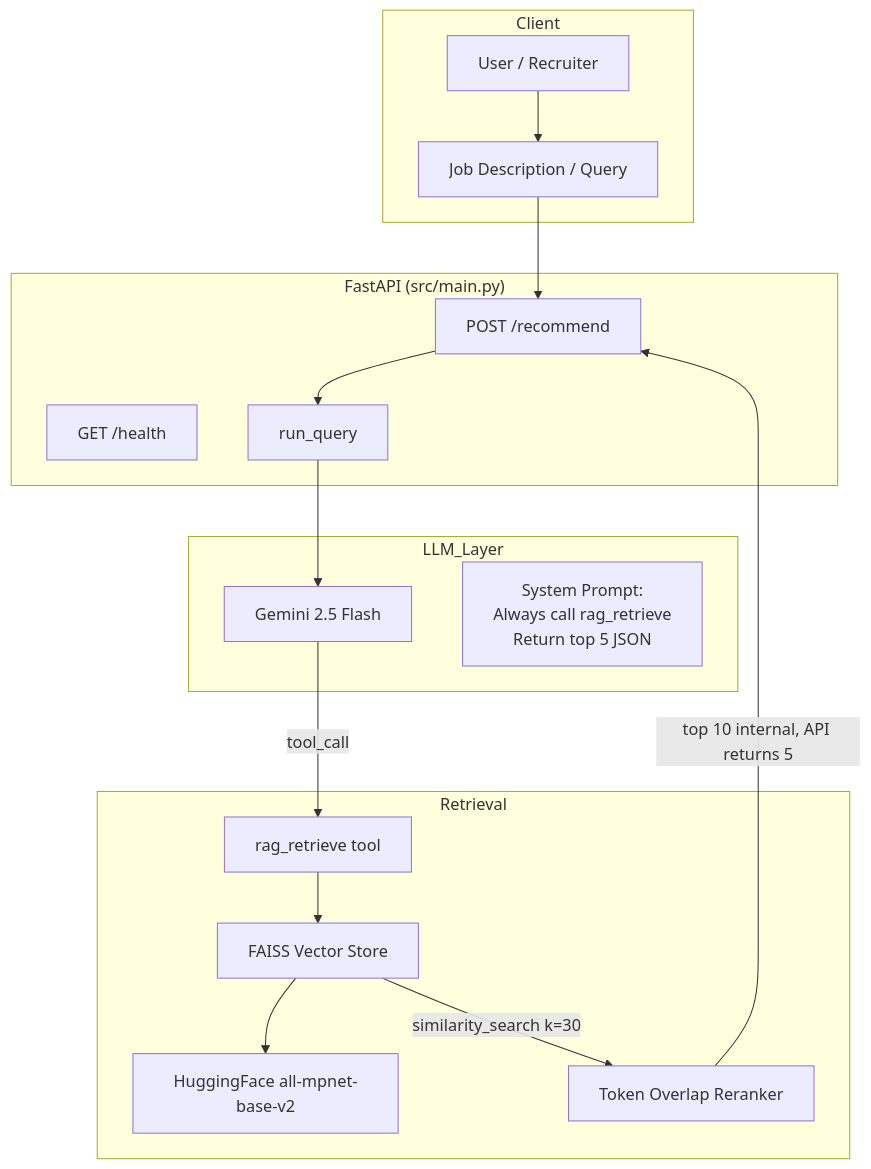
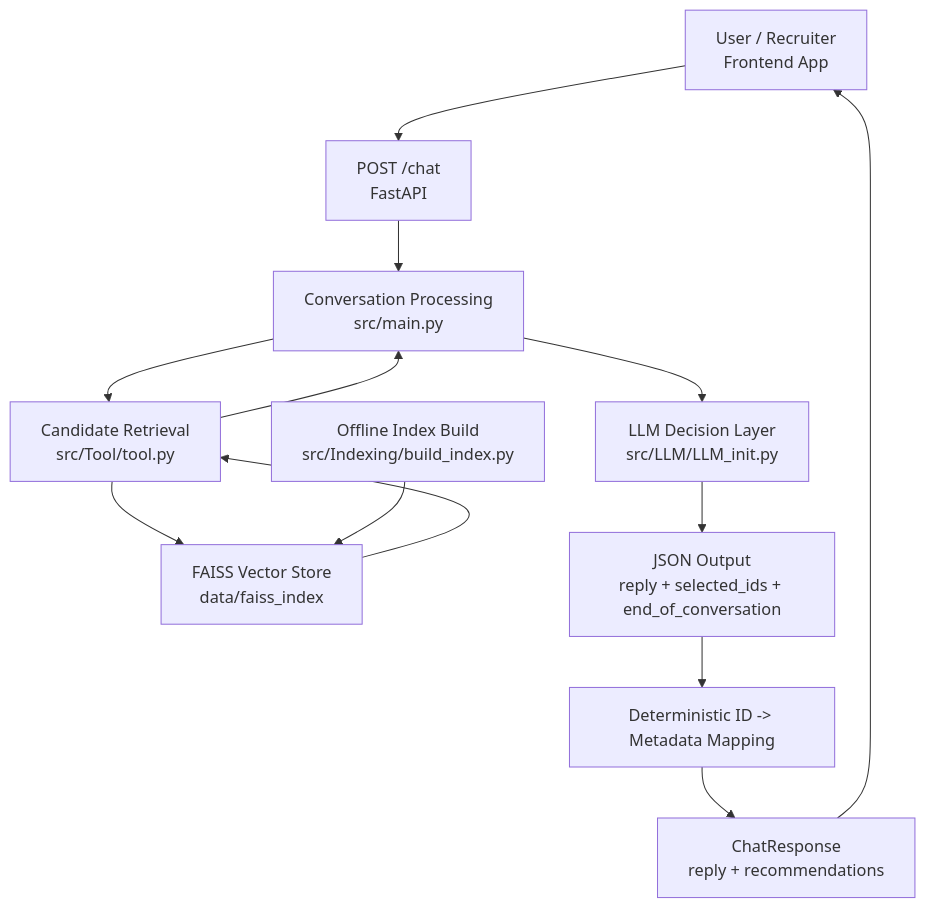
Before and after one commit to Devansh-react/Recomendation_System: the diagram in README.md, drawn with Mermaid. The commit also changed other lines of this file, not shown here.

````diff
--- a/README.md
+++ b/README.md
@@ -141,33 +31,16 @@
 ```mermaid
-flowchart TB
-    subgraph Client
-        U[User / Recruiter]
-        JD[Job Description / Query]
-    end
+flowchart TD
+    A[User / Recruiter<br/>Frontend App] --> B[POST /chat<br/>FastAPI]
+    B --> C[Conversation Processing<br/>src/main.py]
+    C --> D[Candidate Retrieval<br/>src/Tool/tool.py]
+    D --> E[FAISS Vector Store<br/>data/faiss_index]
+    E --> D
+    D --> C
+    C --> F[LLM Decision Layer<br/>src/LLM/LLM_init.py]
+    F --> G[JSON Output<br/>reply + selected_ids + end_of_conversation]
+    G --> H[Deterministic ID -> Metadata Mapping]
+    H --> I[ChatResponse<br/>reply + recommendations]
+    I --> A
 
-    subgraph API["FastAPI (src/main.py)"]
-        EP["POST /recommend"]
-        HC["GET /health"]
-        RQ[run_query]
-    end
-
-    subgraph LLM_Layer
-        GEM[Gemini 2.5 Flash]
-        SYS[System Prompt:<br/>Always call rag_retrieve<br/>Return top 5 JSON]
-    end
-
-    subgraph Retrieval
-        TOOL[rag_retrieve tool]
-        VS[FAISS Vector Store]
-        EMB[HuggingFace all-mpnet-base-v2]
-        RR[Token Overlap Reranker]
-    end
-
-  U --> JD --> EP --> RQ
-  RQ --> GEM
-  GEM -->|tool_call| TOOL
-  TOOL --> VS
-  VS --> EMB
-  VS -->|similarity_search k=30| RR
-  RR -->|top 10 internal, API returns 5| EP
+    J[Offline Index Build<br/>src/Indexing/build_index.py] --> E
 ```
````
